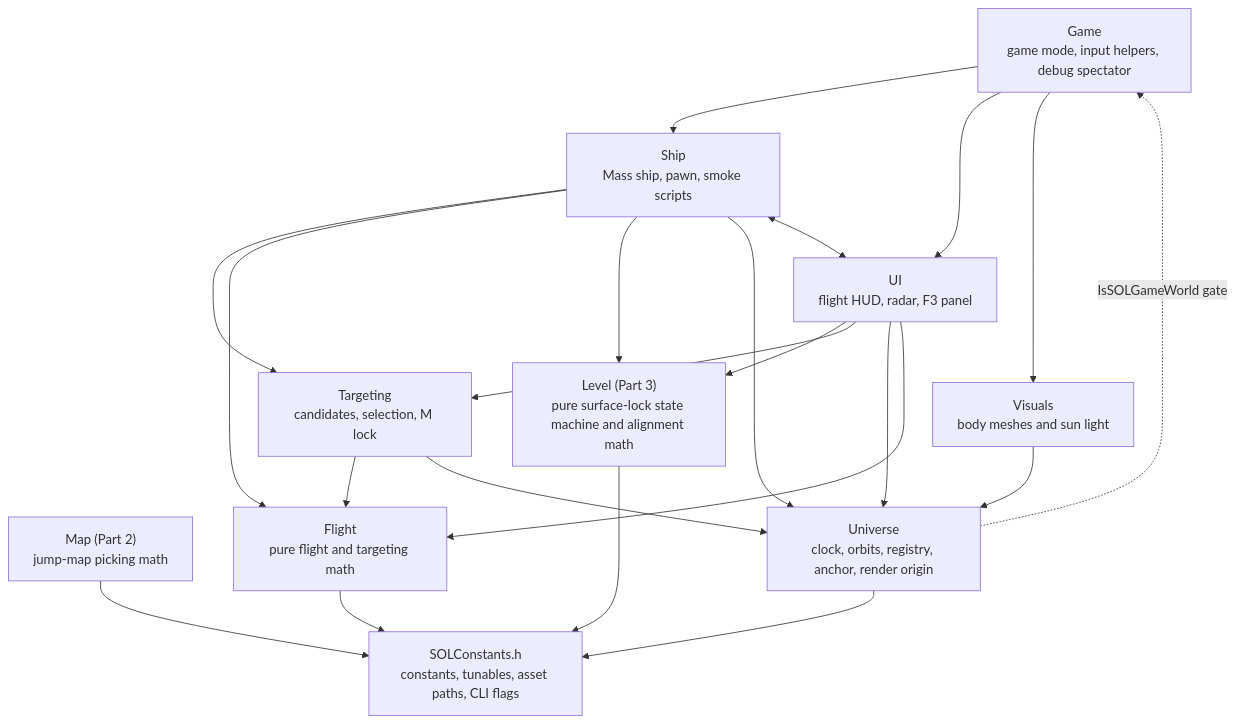
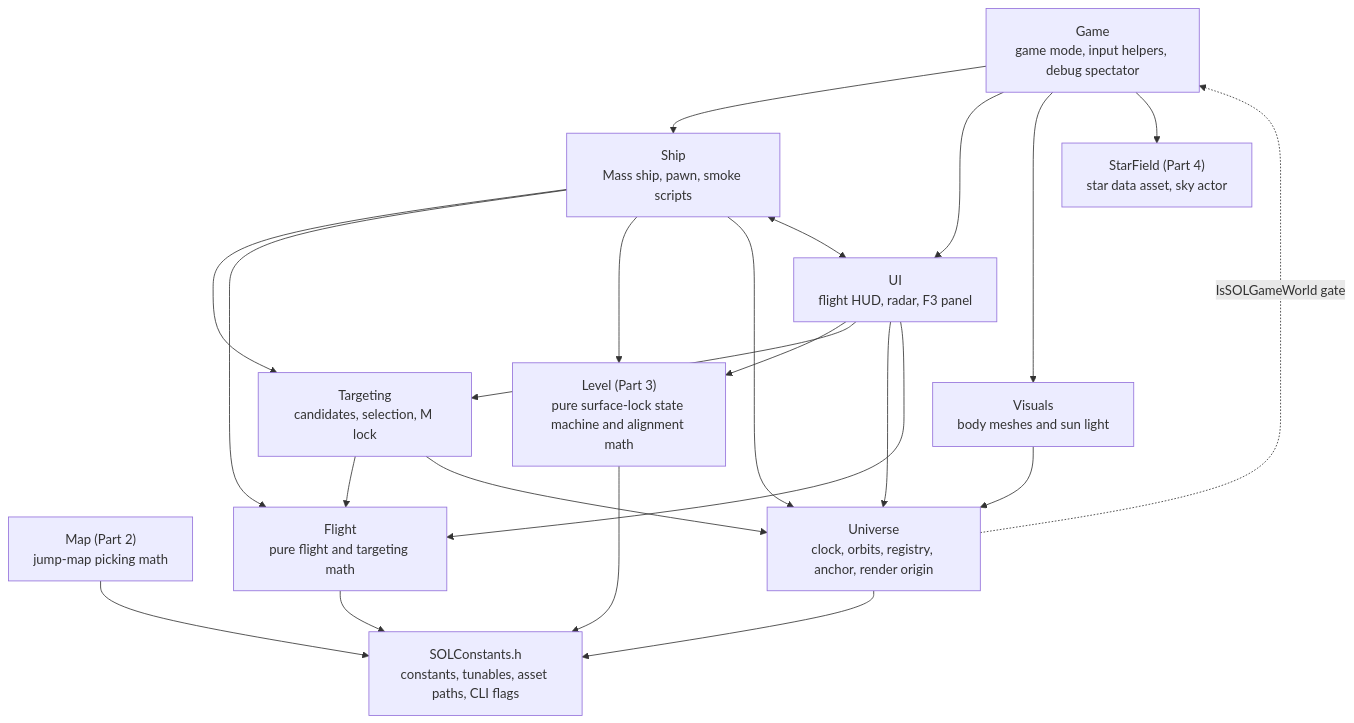
Before and after one commit to DieSlower/SOLTest: the first of 4 diagrams in Docs/ARCHITECTURE.md, drawn with Mermaid. The commit also changed other lines of this file and 16 other files, not shown here.

````diff
--- a/Docs/ARCHITECTURE.md
+++ b/Docs/ARCHITECTURE.md
@@ -27,34 +27,36 @@
 ```mermaid
 flowchart TD
     Game["Game<br/>game mode, input helpers, debug spectator"]
     Ship["Ship<br/>Mass ship, pawn, smoke scripts"]
     UI["UI<br/>flight HUD, radar, F3 panel"]
     Targeting["Targeting<br/>candidates, selection, M lock"]
     Visuals["Visuals<br/>body meshes and sun light"]
+    StarField["StarField (Part 4)<br/>star data asset, sky actor"]
     Map["Map (Part 2)<br/>jump-map picking math"]
     Level["Level (Part 3)<br/>pure surface-lock state machine and alignment math"]
     Flight["Flight<br/>pure flight and targeting math"]
     Universe["Universe<br/>clock, orbits, registry, anchor, render origin"]
     Const["SOLConstants.h<br/>constants, tunables, asset paths, CLI flags"]
 
     Game --> Ship
     Game --> UI
     Game --> Visuals
+    Game --> StarField
     Ship --> Targeting
     Ship --> Flight
     Ship --> Level
     UI --> Level
     Ship --> Universe
     Ship <--> UI
     UI --> Targeting
     UI --> Universe
     UI --> Flight
     Targeting --> Flight
     Targeting --> Universe
     Visuals --> Universe
     Universe -. "IsSOLGameWorld gate" .-> Game
     Flight --> Const
     Universe --> Const
     Map --> Const
     Level --> Const
 ```
````
